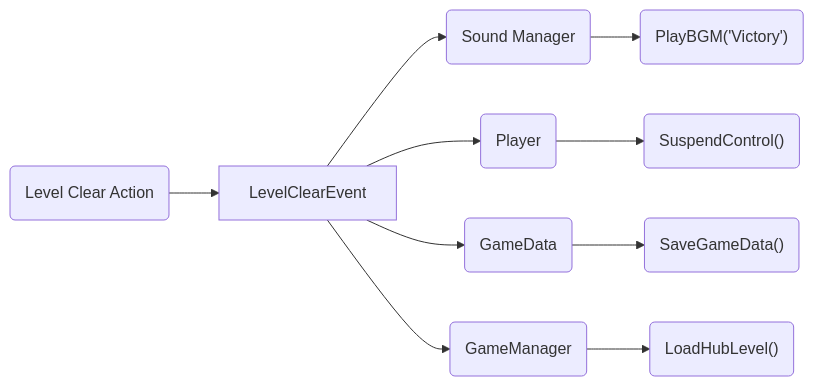
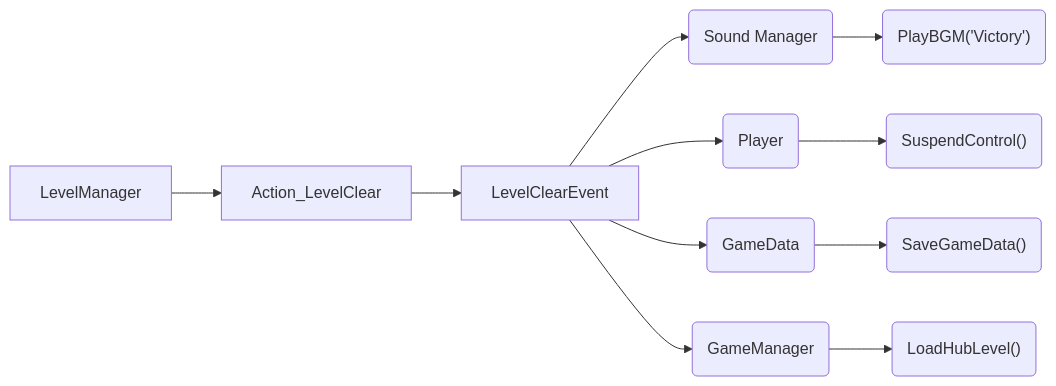
Before and after one commit to gsg-jay/GamePatterns: the diagram in EventFlow.md, drawn with Mermaid.

````diff
--- a/EventFlow.md
+++ b/EventFlow.md
@@ -1,9 +1,10 @@
 ```mermaid
 flowchart LR;
-lc("Level Clear Action")
+lm["LevelManager"]
+lm-->lc["Action_LevelClear"]
 lc-->e["LevelClearEvent"]
 e-->sm("Sound Manager")-->smeh("PlayBGM('Victory')")
 e-->p("Player")-->peh("SuspendControl()")
 e-->gd("GameData")-->gdeh("SaveGameData()")
 e-->gm("GameManager")-->gmeh("LoadHubLevel()");
 ```
````
